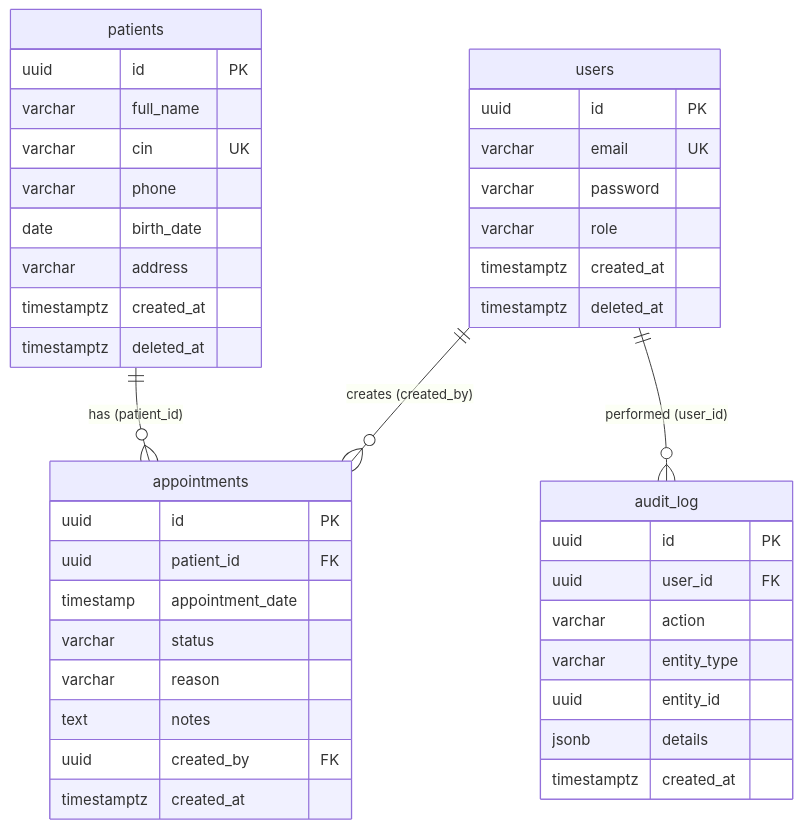
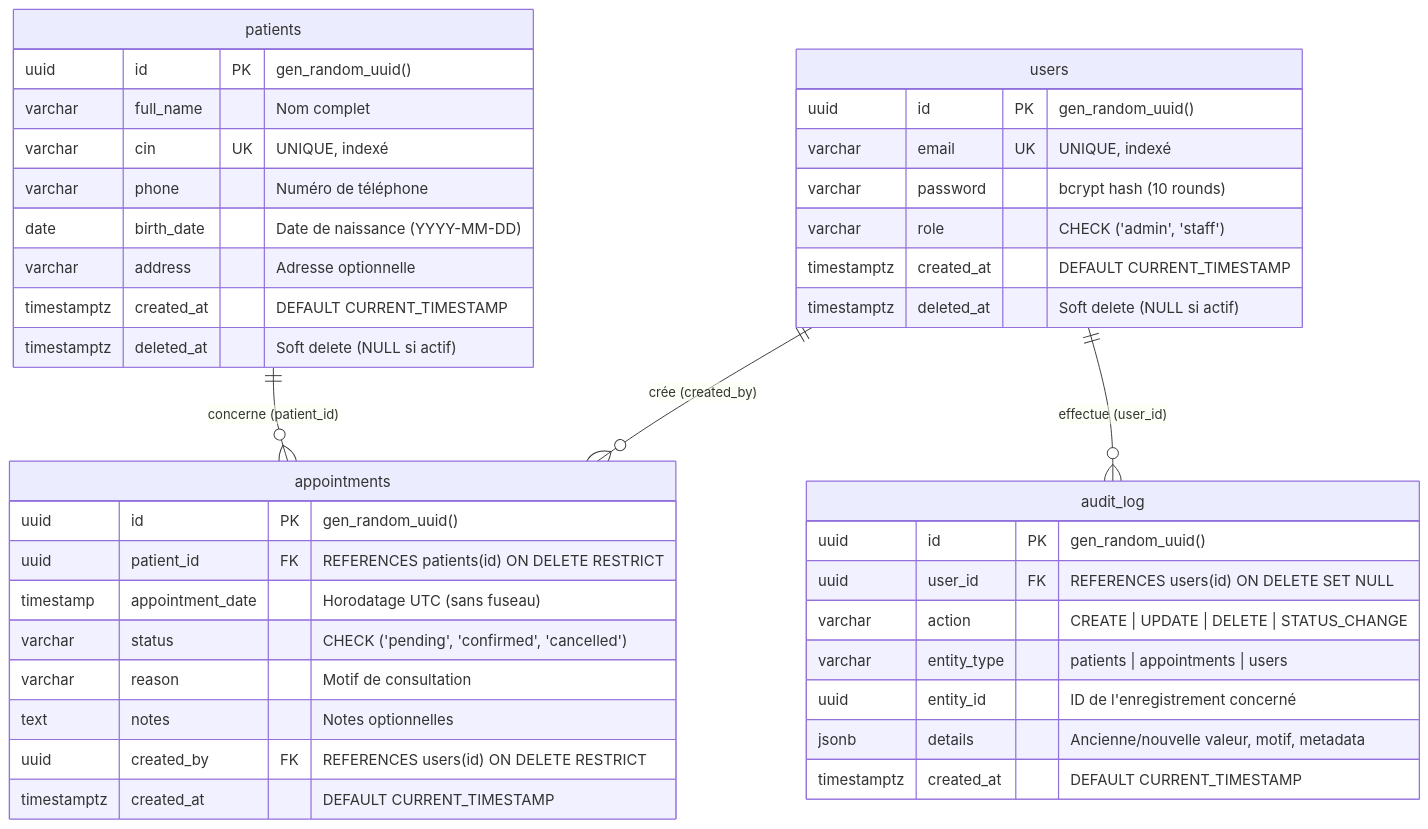
The diagram in README.md (hakim-laabad/clinicflow-), drawn with Mermaid before and after one commit. The commit also changed other lines of this file, not shown here.

Commit message:
docs: enrich README with complete test specifications, ERD justifications, and live deployment links

````diff
--- a/README.md
+++ b/README.md
@@ -27,10 +31,47 @@
 ```mermaid
 erDiagram
-  users ||--o{ appointments : "creates (created_by)"
-  users ||--o{ audit_log : "performed (user_id)"
-  patients ||--o{ appointments : "has (patient_id)"
-  users { uuid id PK  varchar email UK  varchar password  varchar role  timestamptz created_at  timestamptz deleted_at }
-  patients { uuid id PK  varchar full_name  varchar cin UK  varchar phone  date birth_date  varchar address  timestamptz created_at  timestamptz deleted_at }
-  appointments { uuid id PK  uuid patient_id FK  timestamp appointment_date  varchar status  varchar reason  text notes  uuid created_by FK  timestamptz created_at }
-  audit_log { uuid id PK  uuid user_id FK  varchar action  varchar entity_type  uuid entity_id  jsonb details  timestamptz created_at }
+  users ||--o{ appointments : "crée (created_by)"
+  users ||--o{ audit_log : "effectue (user_id)"
+  patients ||--o{ appointments : "concerne (patient_id)"
+
+  users {
+    uuid id PK "gen_random_uuid()"
+    varchar email UK "UNIQUE, indexé"
+    varchar password "bcrypt hash (10 rounds)"
+    varchar role "CHECK ('admin', 'staff')"
+    timestamptz created_at "DEFAULT CURRENT_TIMESTAMP"
+    timestamptz deleted_at "Soft delete (NULL si actif)"
+  }
+
+  patients {
+    uuid id PK "gen_random_uuid()"
+    varchar full_name "Nom complet"
+    varchar cin UK "UNIQUE, indexé"
+    varchar phone "Numéro de téléphone"
+    date birth_date "Date de naissance (YYYY-MM-DD)"
+    varchar address "Adresse optionnelle"
+    timestamptz created_at "DEFAULT CURRENT_TIMESTAMP"
+    timestamptz deleted_at "Soft delete (NULL si actif)"
+  }
+
+  appointments {
+    uuid id PK "gen_random_uuid()"
+    uuid patient_id FK "REFERENCES patients(id) ON DELETE RESTRICT"
+    timestamp appointment_date "Horodatage UTC (sans fuseau)"
+    varchar status "CHECK ('pending', 'confirmed', 'cancelled')"
+    varchar reason "Motif de consultation"
+    text notes "Notes optionnelles"
+    uuid created_by FK "REFERENCES users(id) ON DELETE RESTRICT"
+    timestamptz created_at "DEFAULT CURRENT_TIMESTAMP"
+  }
+
+  audit_log {
+    uuid id PK "gen_random_uuid()"
+    uuid user_id FK "REFERENCES users(id) ON DELETE SET NULL"
+    varchar action "CREATE | UPDATE | DELETE | STATUS_CHANGE"
+    varchar entity_type "patients | appointments | users"
+    uuid entity_id "ID de l'enregistrement concerné"
+    jsonb details "Ancienne/nouvelle valeur, motif, metadata"
+    timestamptz created_at "DEFAULT CURRENT_TIMESTAMP"
+  }
 ```
````
